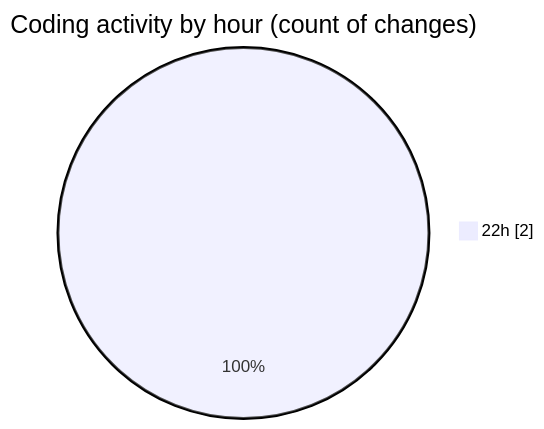
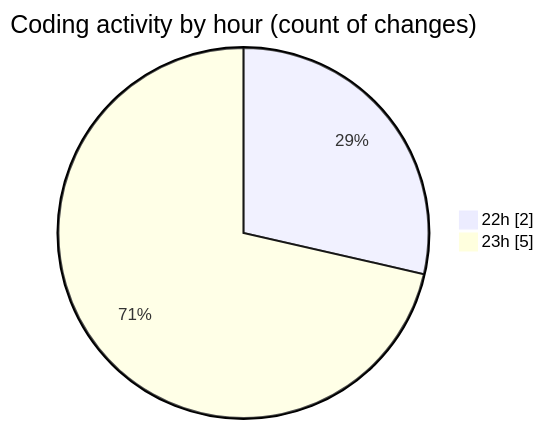
Before and after one commit to hasnaa123/code-tracking: the second of 2 diagrams in 2025-12-15/technologie_web/README.md, drawn with Mermaid. The commit also changed other lines of this file and 1 other file, not shown here.

````diff
--- a/2025-12-15/technologie_web/README.md
+++ b/2025-12-15/technologie_web/README.md
@@ -28,5 +30,6 @@
 ```mermaid
 pie showData
 title Coding activity by hour (count of changes)
 "22h" : 2
+"23h" : 5
 ```
````
